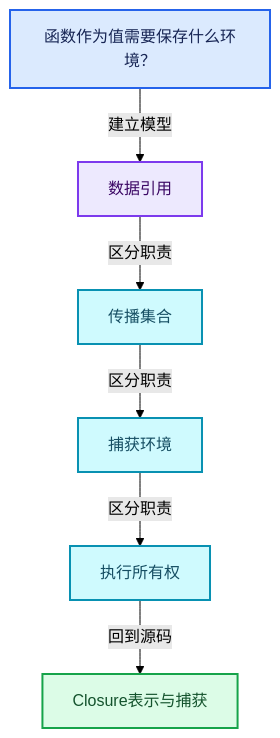
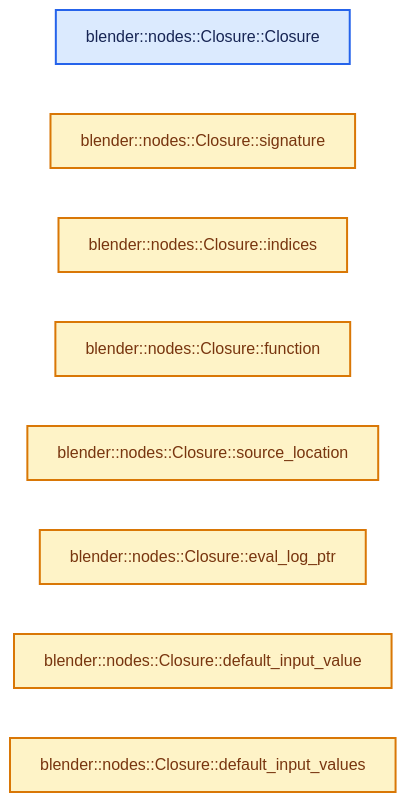
The second of 4 diagrams in 杂/markdown/全面学习-codex/10-引用生命周期与Closure/06-Closure表示与捕获.md (yunkezengren/blender-.vscode), drawn with Mermaid (forest theme) before and after one commit. The commit also changed other lines of this file and 1930 other files, not shown here.

````diff
--- a/杂/markdown/全面学习-codex/10-引用生命周期与Closure/06-Closure表示与捕获.md
+++ b/杂/markdown/全面学习-codex/10-引用生命周期与Closure/06-Closure表示与捕获.md
@@ -61,20 +46,17 @@
 ```mermaid
-flowchart TB
-  Q["函数作为值需要保存什么环境？"]:::input
-  C0["数据引用"]:::abstraction
-  C1["传播集合"]:::data
-  C2["捕获环境"]:::data
-  C3["执行所有权"]:::data
-  R["Closure表示与捕获"]:::result
-  Q -->|"建立模型"| C0
-  C0 -->|"区分职责"| C1
-  C1 -->|"区分职责"| C2
-  C2 -->|"区分职责"| C3
-  C3 -->|"回到源码"| R
+flowchart LR
+  F0["blender::nodes::Closure::Closure"]:::input
+  F1["blender::nodes::Closure::signature"]:::compute
+  F2["blender::nodes::Closure::indices"]:::compute
+  F3["blender::nodes::Closure::function"]:::compute
+  F4["blender::nodes::Closure::source_location"]:::compute
+  F5["blender::nodes::Closure::eval_log_ptr"]:::compute
+  F6["blender::nodes::Closure::default_input_value"]:::compute
+  F7["blender::nodes::Closure::default_input_values"]:::compute
   classDef input fill:#DBEAFE,stroke:#2563EB,color:#172554,stroke-width:2px;
   classDef data fill:#CFFAFE,stroke:#0891B2,color:#164E63,stroke-width:2px;
   classDef abstraction fill:#EDE9FE,stroke:#7C3AED,color:#3B0764,stroke-width:2px;
   classDef compute fill:#FEF3C7,stroke:#D97706,color:#78350F,stroke-width:2px;
   classDef result fill:#DCFCE7,stroke:#16A34A,color:#14532D,stroke-width:2px;
   classDef error fill:#FEE2E2,stroke:#DC2626,color:#7F1D1D,stroke-width:2px;
 ```
````
